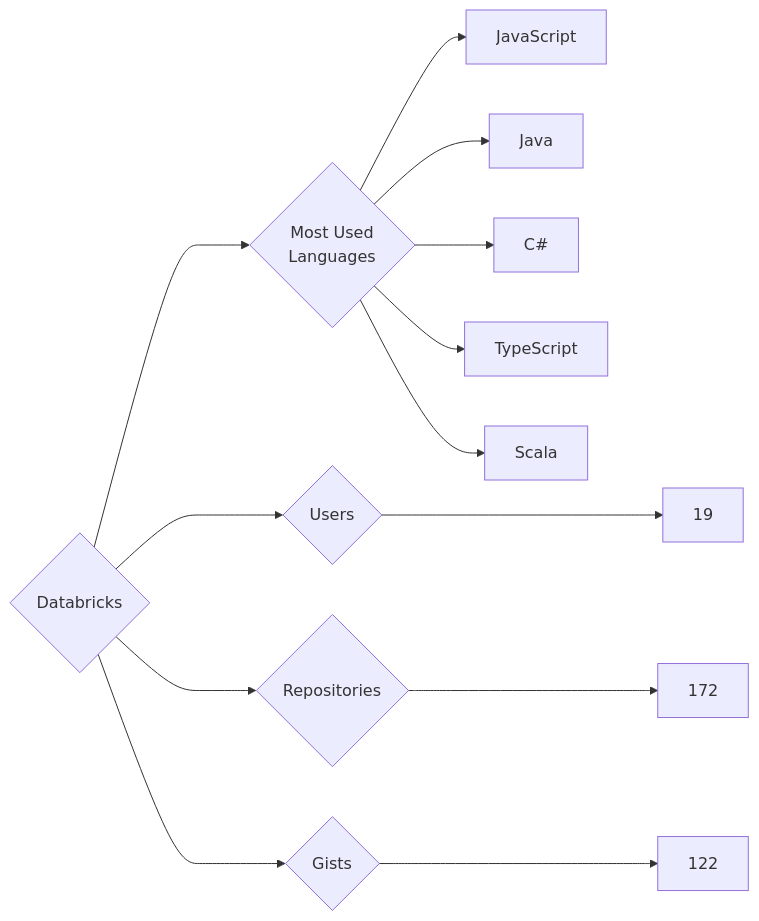
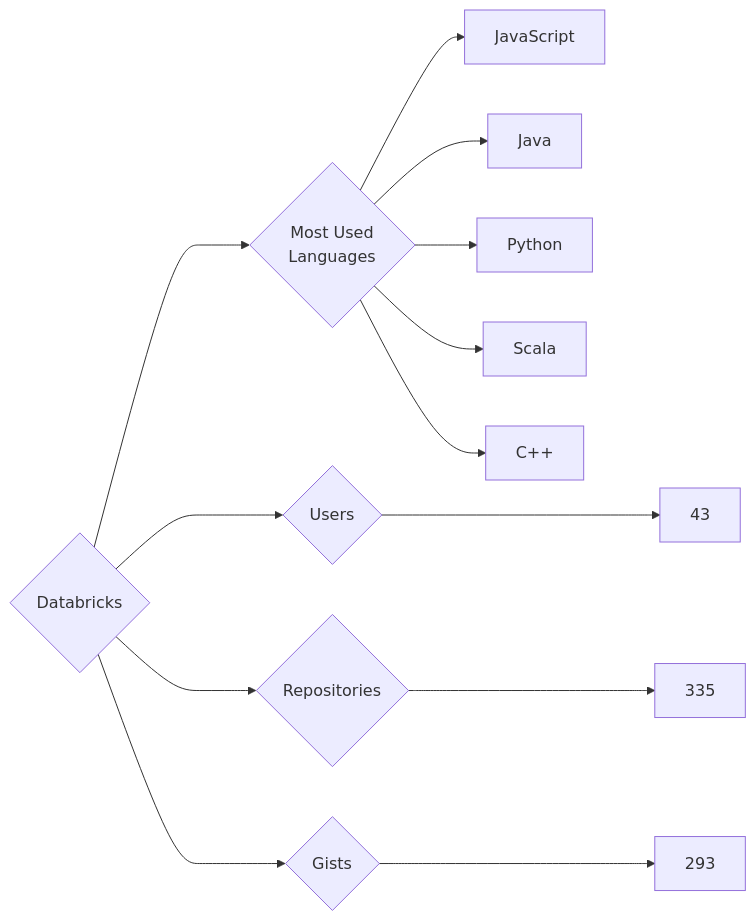
Before and after one commit to trickest/insiders: the diagram in targets/Databricks/README.md, drawn with Mermaid. The commit also changed 964 other files, not shown here.

````diff
--- a/targets/Databricks/README.md
+++ b/targets/Databricks/README.md
@@ -3,13 +3,13 @@
 ```mermaid
 graph LR
 COMPANY_NAME{Databricks}
-COMPANY_NAME ---> U{Users} ---> UN[19]
-COMPANY_NAME ---> R{Repositories} ---> RN[172]
-COMPANY_NAME ---> G{Gists} ---> GN[122]
+COMPANY_NAME ---> U{Users} ---> UN[43]
+COMPANY_NAME ---> R{Repositories} ---> RN[335]
+COMPANY_NAME ---> G{Gists} ---> GN[293]
 COMPANY_NAME ---> ML{Most Used<br>Languages}
 ML --> JavaScript[JavaScript]
 ML --> Java[Java]
-ML --> C#[C#]
-ML --> TypeScript[TypeScript]
+ML --> Python[Python]
 ML --> Scala[Scala]
+ML --> C++[C++]
 ```
````
